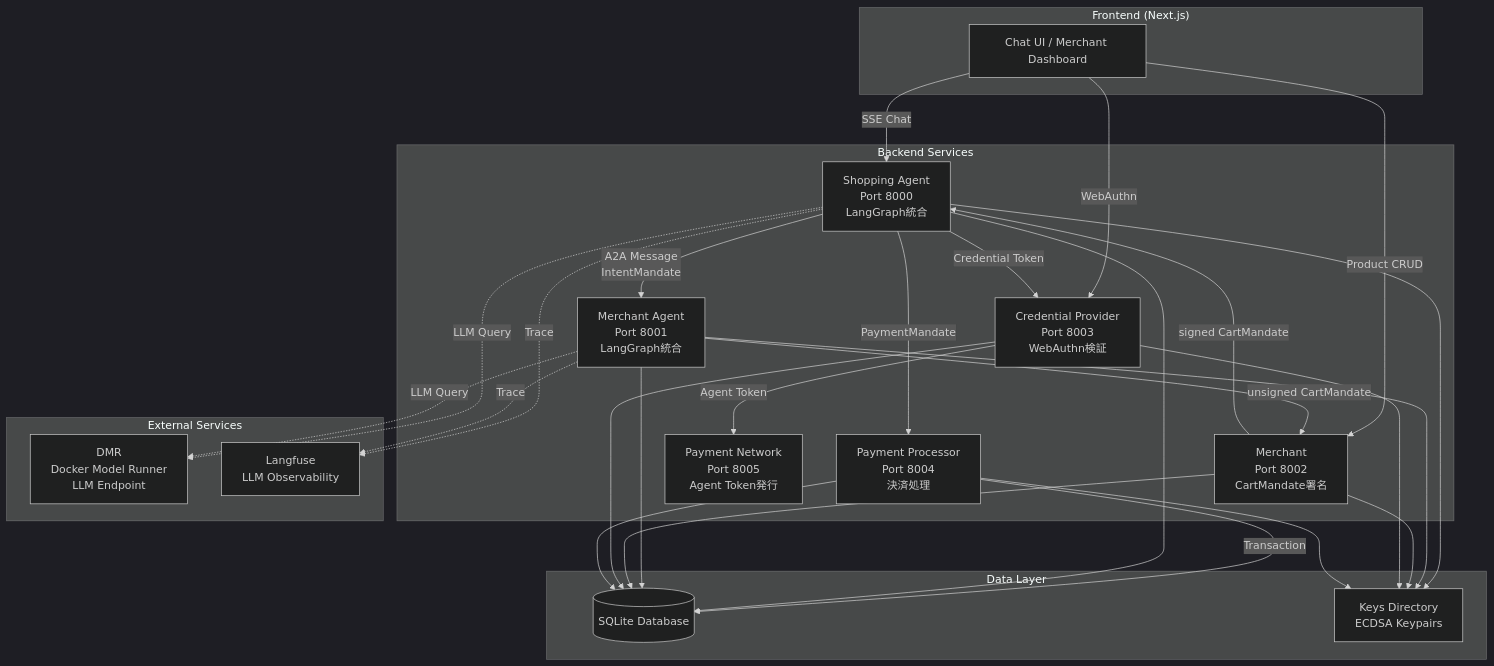
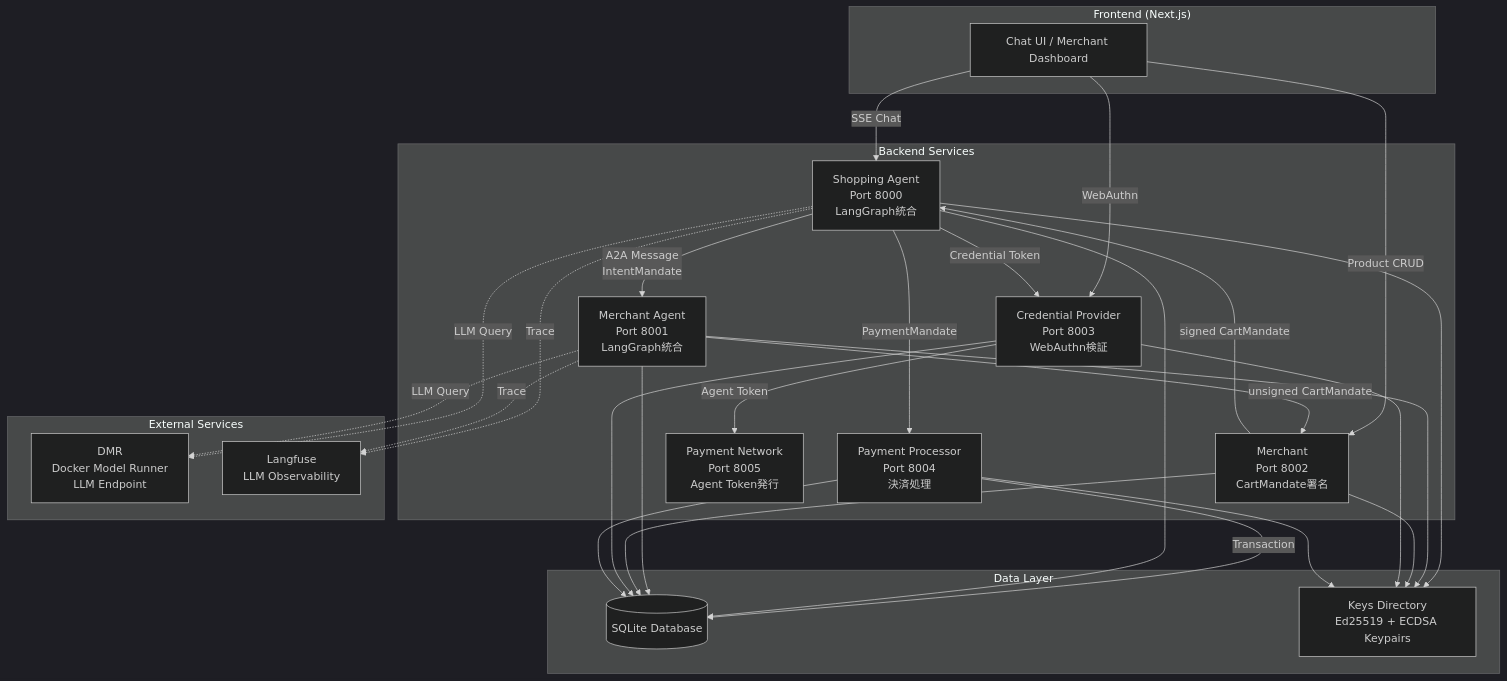
Before and after one commit to tubone24/AP2_demo_app: the first of 3 diagrams in v2/README.md, drawn with Mermaid (dark theme). The commit also changed other lines of this file and 16 other files, not shown here.

````diff
--- a/v2/README.md
+++ b/v2/README.md
@@ -11,46 +11,46 @@
 ```mermaid
 graph TB
     subgraph "Frontend (Next.js)"
         UI[Chat UI / Merchant Dashboard]
     end
 
     subgraph "Backend Services"
         SA[Shopping Agent<br/>Port 8000<br/>LangGraph統合]
         MA[Merchant Agent<br/>Port 8001<br/>LangGraph統合]
         M[Merchant<br/>Port 8002<br/>CartMandate署名]
         CP[Credential Provider<br/>Port 8003<br/>WebAuthn検証]
         PP[Payment Processor<br/>Port 8004<br/>決済処理]
         PN[Payment Network<br/>Port 8005<br/>Agent Token発行]
     end
 
     subgraph "External Services"
         DMR[DMR<br/>Docker Model Runner<br/>LLM Endpoint]
         LF[Langfuse<br/>LLM Observability]
     end
 
     subgraph "Data Layer"
         DB[(SQLite Database)]
-        Keys[Keys Directory<br/>ECDSA Keypairs]
+        Keys[Keys Directory<br/>Ed25519 + ECDSA Keypairs]
     end
 
     UI -->|SSE Chat| SA
     UI -->|WebAuthn| CP
     UI -->|Product CRUD| M
 
     SA -->|A2A Message<br/>IntentMandate| MA
     MA -->|unsigned CartMandate| M
     M -->|signed CartMandate| SA
     SA -->|PaymentMandate| PP
     SA -->|Credential Token| CP
     PP -->|Transaction| DB
 
     SA -.->|LLM Query| DMR
     MA -.->|LLM Query| DMR
     SA -.->|Trace| LF
     MA -.->|Trace| LF
 
     CP -->|Agent Token| PN
 
     SA & MA & M & CP & PP --> DB
     SA & MA & M & CP & PP --> Keys
 ```
````
